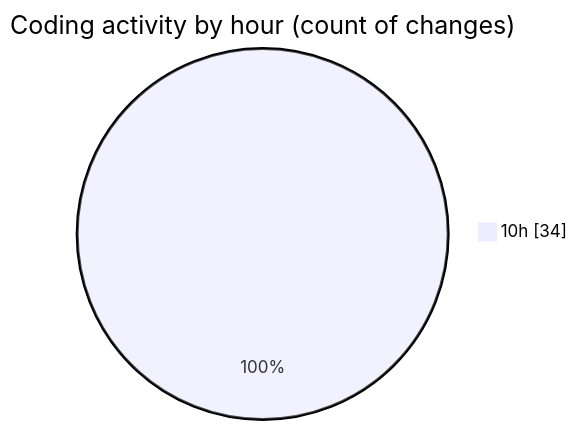
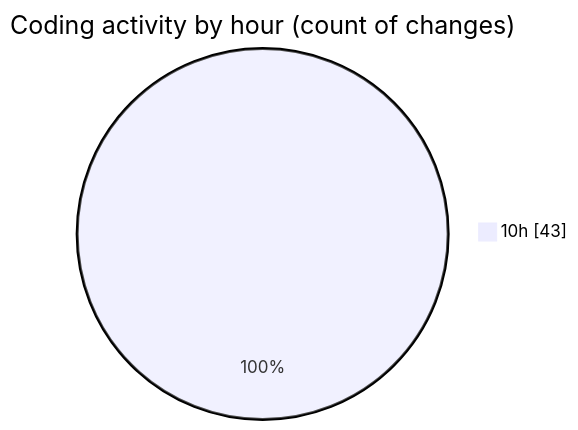
The second of 2 diagrams in 2025-02-10/cda/README.md (momahboobian/code-tracking), drawn with Mermaid before and after one commit. The commit also changed other lines of this file and 1 other file, not shown here.

````diff
--- a/2025-02-10/cda/README.md
+++ b/2025-02-10/cda/README.md
@@ -32,5 +34,5 @@
 ```mermaid
 pie showData
 title Coding activity by hour (count of changes)
-"10h" : 34
+"10h" : 43
 ```
````
